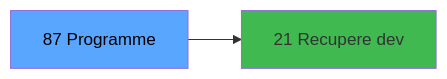
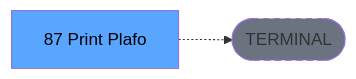
The third of 3 diagrams in .openspec/renders/ADH-IDE-87.md (thonyAGP/lecteur-magic), drawn with Mermaid before and after one commit. The commit also changed other lines of this file and 701 other files, not shown here.

````diff
--- a/.openspec/renders/ADH-IDE-87.md
+++ b/.openspec/renders/ADH-IDE-87.md
@@ -140,8 +137,8 @@
 ```mermaid
 graph LR
-    T[87 Programme]
-    C21[21 Recupere dev]
-    T --> C21
+    T[87     Print Plafo]
+    TERM([TERMINAL])
+    T -.-> TERM
+    style TERM fill:#6b7280,stroke-dasharray: 5 5
     style T fill:#58a6ff,color:#000
-    style C21 fill:#3fb950
 ```
````
